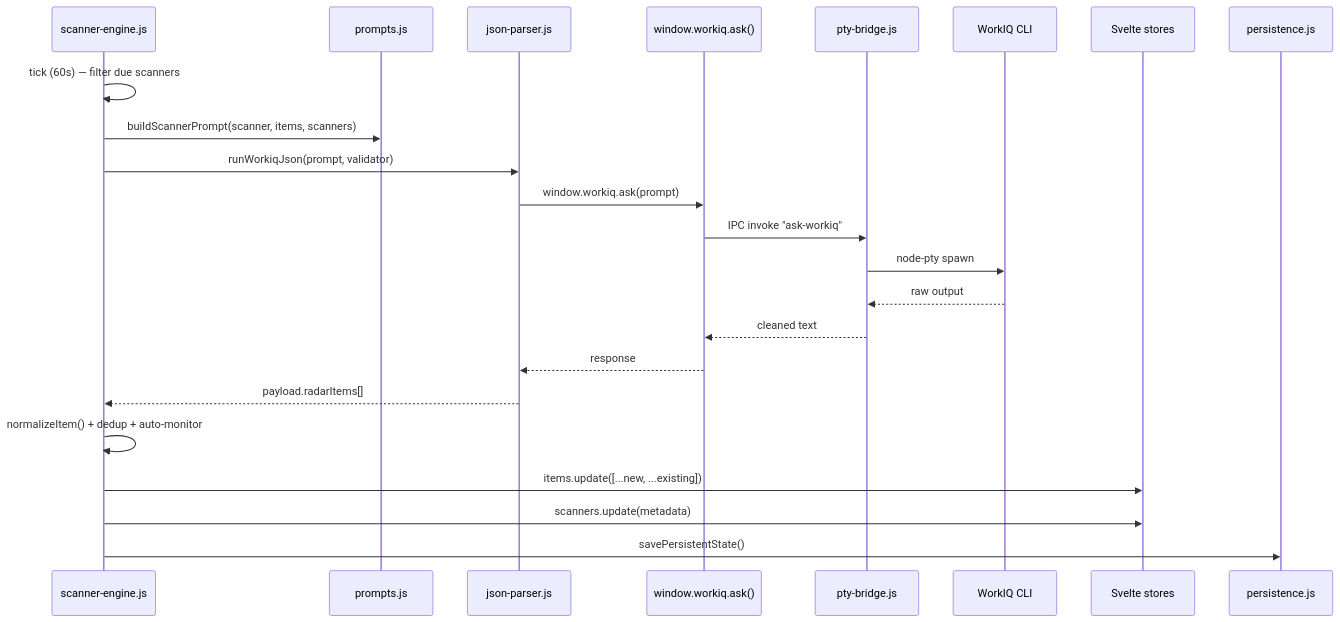
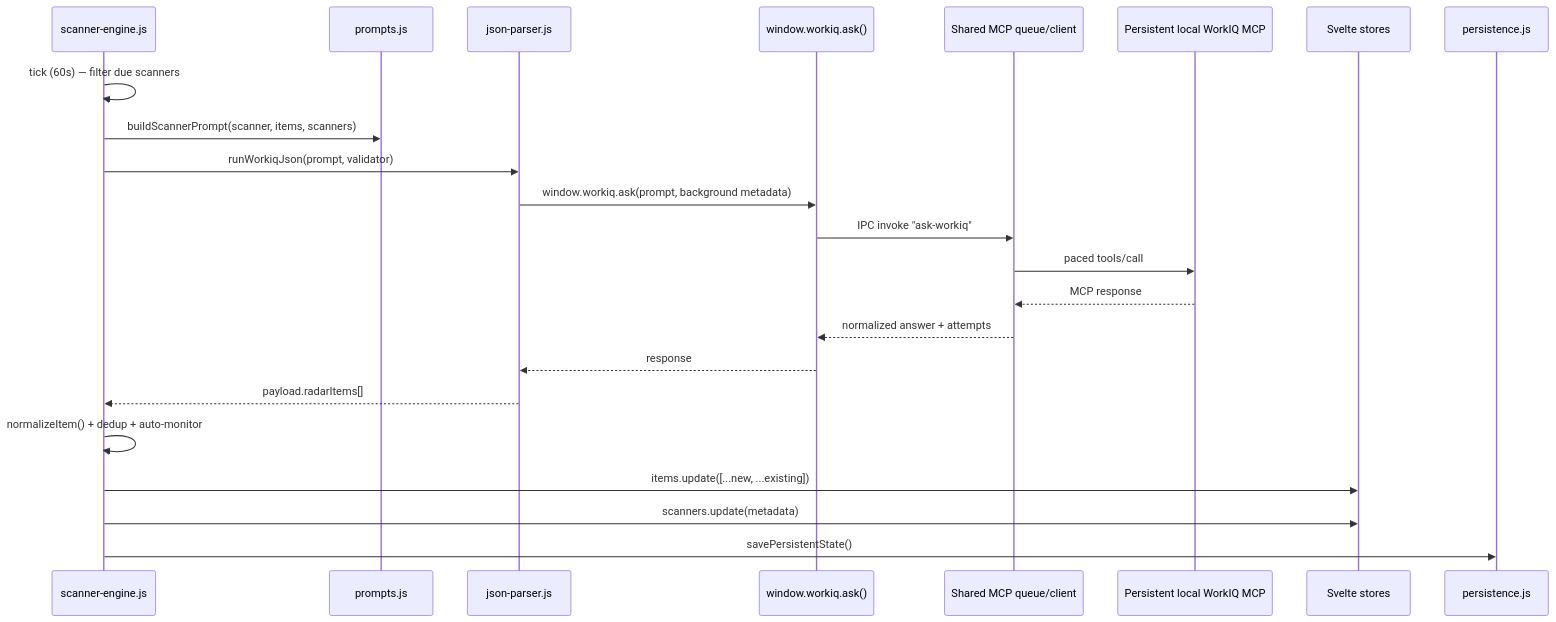
Before and after one commit to kpoineal/FlightDeck: the fifth of 7 diagrams in docs/architecture.md, drawn with Mermaid. The commit also changed other lines of this file and 23 other files, not shown here.

Commit message:
feat: add persistent WorkIQ MCP concurrency and queue status

````diff
--- a/docs/architecture.md
+++ b/docs/architecture.md
@@ -337,26 +354,26 @@
 ```mermaid
 sequenceDiagram
   participant SE as scanner-engine.js
   participant PR as prompts.js
   participant JP as json-parser.js
   participant WIQ as window.workiq.ask()
-  participant PTY as pty-bridge.js
-  participant CLI as WorkIQ CLI
+  participant MCP as Shared MCP queue/client
+  participant CLI as Persistent local WorkIQ MCP
   participant ST as Svelte stores
   participant PS as persistence.js
 
   SE->>SE: tick (60s) — filter due scanners
   SE->>PR: buildScannerPrompt(scanner, items, scanners)
   SE->>JP: runWorkiqJson(prompt, validator)
-  JP->>WIQ: window.workiq.ask(prompt)
-  WIQ->>PTY: IPC invoke "ask-workiq"
-  PTY->>CLI: node-pty spawn
-  CLI-->>PTY: raw output
-  PTY-->>WIQ: cleaned text
+  JP->>WIQ: window.workiq.ask(prompt, background metadata)
+  WIQ->>MCP: IPC invoke "ask-workiq"
+  MCP->>CLI: paced tools/call
+  CLI-->>MCP: MCP response
+  MCP-->>WIQ: normalized answer + attempts
   WIQ-->>JP: response
   JP-->>SE: payload.radarItems[]
   SE->>SE: normalizeItem() + dedup + auto-monitor
   SE->>ST: items.update([...new, ...existing])
   SE->>ST: scanners.update(metadata)
   SE->>PS: savePersistentState()
 ```
````
